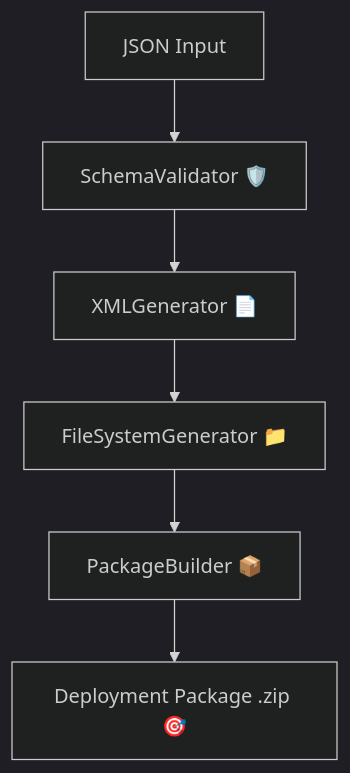
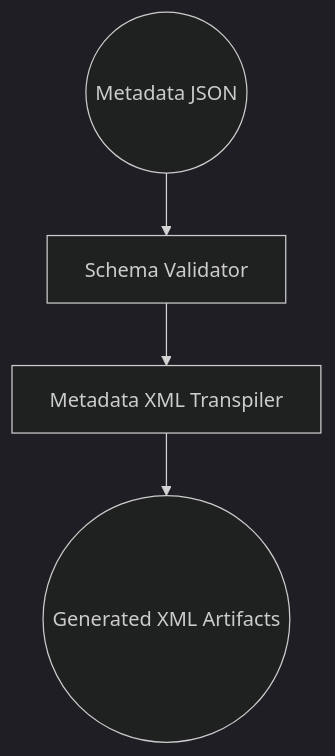
One commit to Mishael-dev/SalesforceMetadataTranspiler changed the diagram in README.md. Above: the diagram before and after it, drawn with Mermaid (dark theme). The commit also changed 29 other files, not shown here.

````diff
--- a/README.md
+++ b/README.md
@@ -187,8 +187,6 @@
 ```mermaid
 flowchart TD
-    A["JSON Input"] --> B["SchemaValidator 🛡️"]
-    B --> C["XMLGenerator 📄"]
-    C --> D["FileSystemGenerator 📁"]
-    D --> E["PackageBuilder 📦"]
-    E --> F["Deployment Package .zip 🎯"]
+    A((Metadata JSON)) --> B[Schema Validator]
+    B --> C[Metadata XML Transpiler]
+    C --> D((Generated XML Artifacts))
 ```
````
